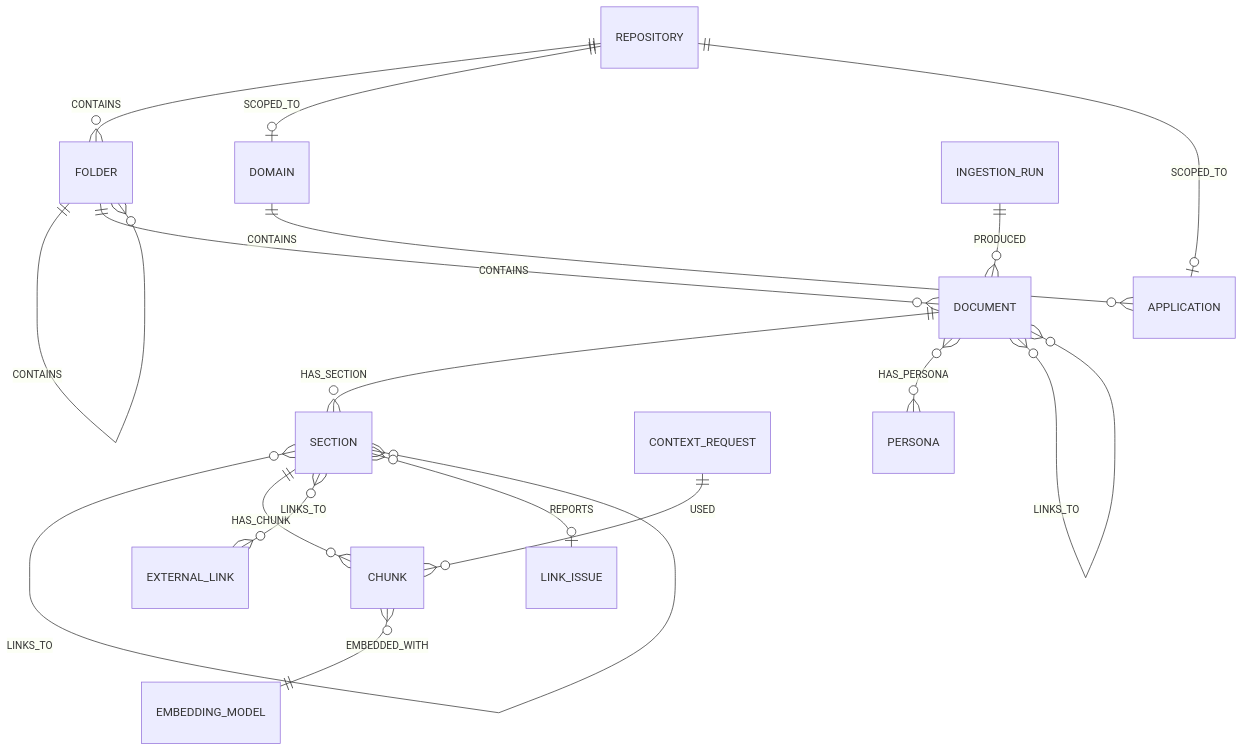
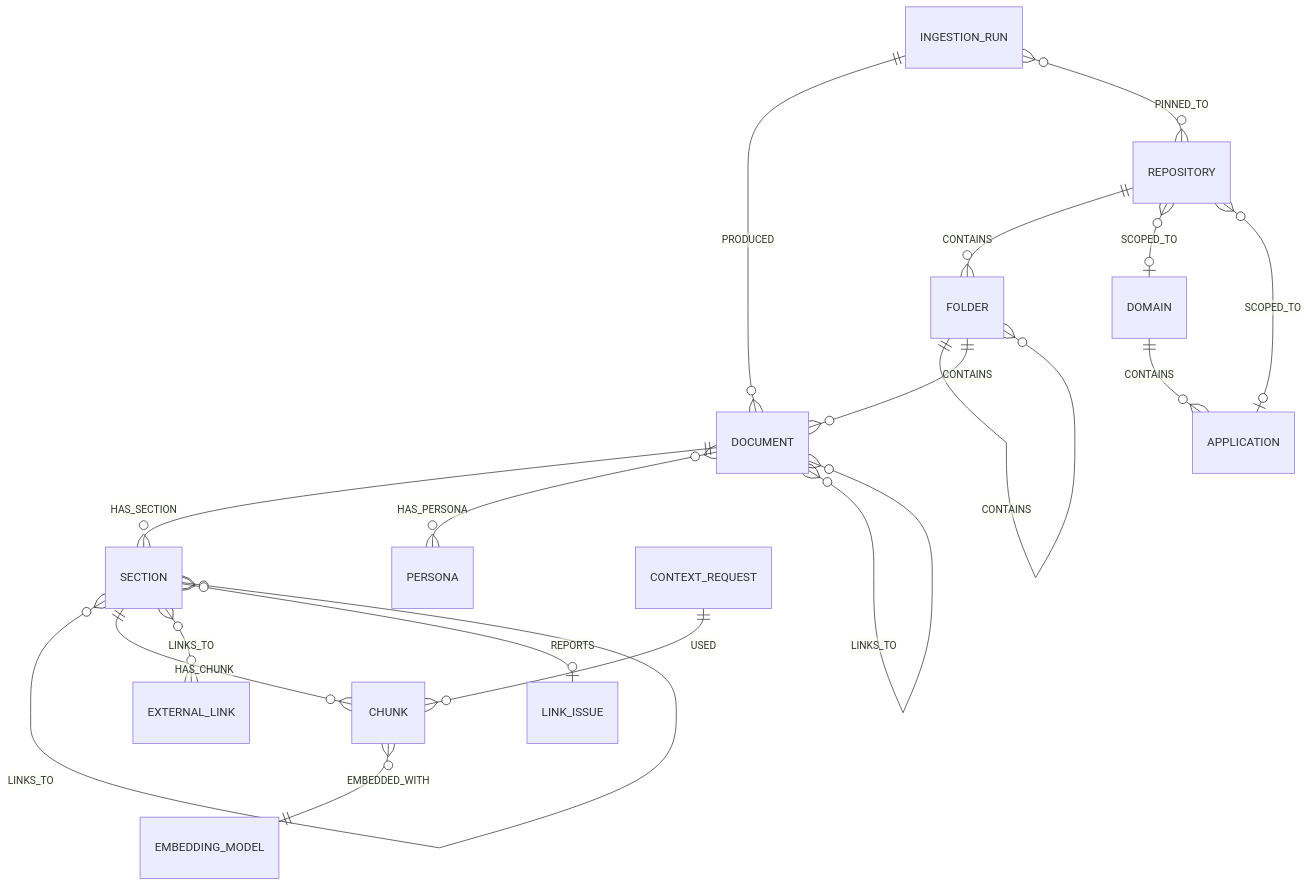
The second of 5 diagrams in content/english/blog/ai/fintech/fintech-documentation-graph-sdd.md (beautifularchitecture/beautifularchitecture.github.io), drawn with Mermaid before and after one commit. The commit also changed other lines of this file and 1 other file, not shown here.

First line of the commit message:
Update fintech documentation graph SDD and hugo stats

````diff
--- a/content/english/blog/ai/fintech/fintech-documentation-graph-sdd.md
+++ b/content/english/blog/ai/fintech/fintech-documentation-graph-sdd.md
@@ -201,20 +234,21 @@
 ```mermaid
 erDiagram
   REPOSITORY ||--o{ FOLDER : CONTAINS
   FOLDER ||--o{ FOLDER : CONTAINS
   FOLDER ||--o{ DOCUMENT : CONTAINS
   DOMAIN ||--o{ APPLICATION : CONTAINS
-  REPOSITORY ||--o| DOMAIN : SCOPED_TO
-  REPOSITORY ||--o| APPLICATION : SCOPED_TO
+  REPOSITORY }o--o| DOMAIN : SCOPED_TO
+  REPOSITORY }o--o| APPLICATION : SCOPED_TO
   DOCUMENT ||--o{ SECTION : HAS_SECTION
   SECTION ||--o{ SECTION : HAS_SUBSECTION
   SECTION ||--o{ CHUNK : HAS_CHUNK
   DOCUMENT }o--o{ PERSONA : HAS_PERSONA
   DOCUMENT }o--o{ DOCUMENT : LINKS_TO
   SECTION }o--o{ SECTION : LINKS_TO
   SECTION }o--o{ EXTERNAL_LINK : LINKS_TO
   SECTION }o--o| LINK_ISSUE : REPORTS
   CHUNK }o--|| EMBEDDING_MODEL : EMBEDDED_WITH
   INGESTION_RUN ||--o{ DOCUMENT : PRODUCED
+  INGESTION_RUN }o--o{ REPOSITORY : PINNED_TO
   CONTEXT_REQUEST ||--o{ CHUNK : USED
 ```
````
